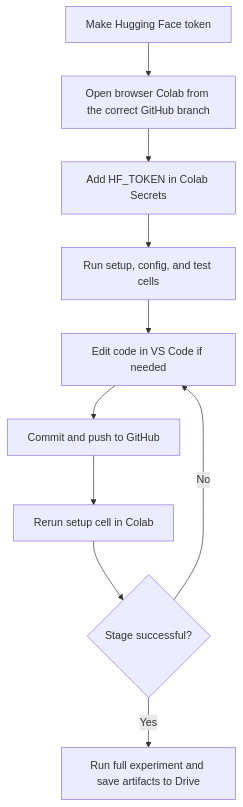
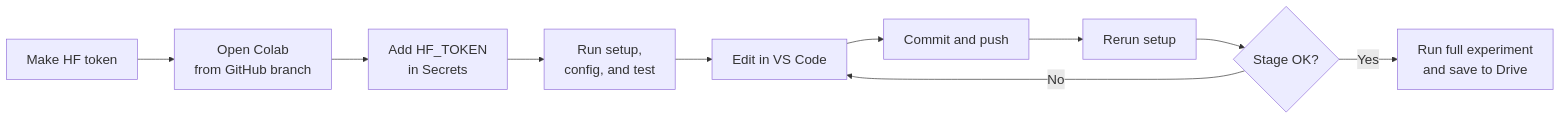
The first of 4 diagrams in docs/experiment-guidelines.md (naufalkmd/KeelNet), drawn with Mermaid before and after one commit. The commit also changed other lines of this file and 20 other files, not shown here.

````diff
--- a/docs/experiment-guidelines.md
+++ b/docs/experiment-guidelines.md
@@ -3,12 +3,13 @@
 ```mermaid
-flowchart TD
-    A[Make Hugging Face token] --> B[Open browser Colab from the correct GitHub branch]
-    B --> C[Add HF_TOKEN in Colab Secrets]
-    C --> D[Run setup, config, and test cells]
-    D --> E[Edit code in VS Code if needed]
-    E --> F[Commit and push to GitHub]
-    F --> G[Rerun setup cell in Colab]
-    G --> H{Stage successful?}
+%%{init: {"flowchart": {"nodeSpacing": 40, "rankSpacing": 55}, "themeVariables": {"fontSize": "20px"}}}%%
+flowchart LR
+    A[Make HF token] --> B[Open Colab<br/>from GitHub branch]
+    B --> C[Add HF_TOKEN<br/>in Secrets]
+    C --> D[Run setup,<br/>config, and test]
+    D --> E[Edit in VS Code]
+    E --> F[Commit and push]
+    F --> G[Rerun setup]
+    G --> H{Stage OK?}
     H -- No --> E
-    H -- Yes --> I[Run full experiment and save artifacts to Drive]
+    H -- Yes --> I[Run full experiment<br/>and save to Drive]
 ```
````
